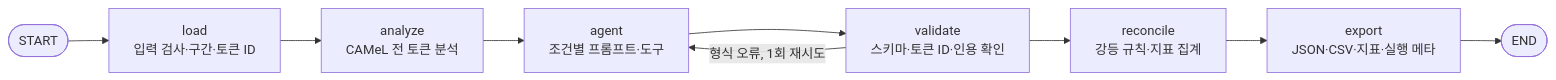
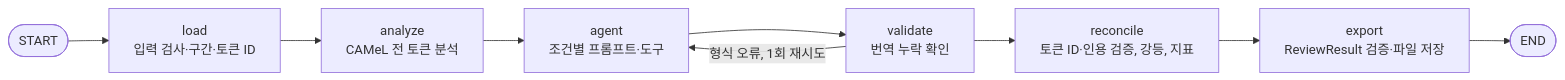
Before and after one commit to dainkil/tashkeel-check: the first of 2 diagrams in docs/architecture.md, drawn with Mermaid. The commit also changed other lines of this file and 3 other files, not shown here.

````diff
--- a/docs/architecture.md
+++ b/docs/architecture.md
@@ -23,11 +27,11 @@
 ```mermaid
 flowchart LR
     S([START]) --> load[load<br/>입력 검사·구간·토큰 ID]
     load --> analyze[analyze<br/>CAMeL 전 토큰 분석]
     analyze --> agent[agent<br/>조건별 프롬프트·도구]
-    agent --> validate[validate<br/>스키마·토큰 ID·인용 확인]
+    agent --> validate[validate<br/>번역 누락 확인]
     validate -- 형식 오류, 1회 재시도 --> agent
-    validate --> reconcile[reconcile<br/>강등 규칙·지표 집계]
-    reconcile --> export[export<br/>JSON·CSV·지표·실행 메타]
+    validate --> reconcile[reconcile<br/>토큰 ID·인용 검증, 강등, 지표]
+    reconcile --> export[export<br/>ReviewResult 검증·파일 저장]
     export --> E([END])
 ```
````
